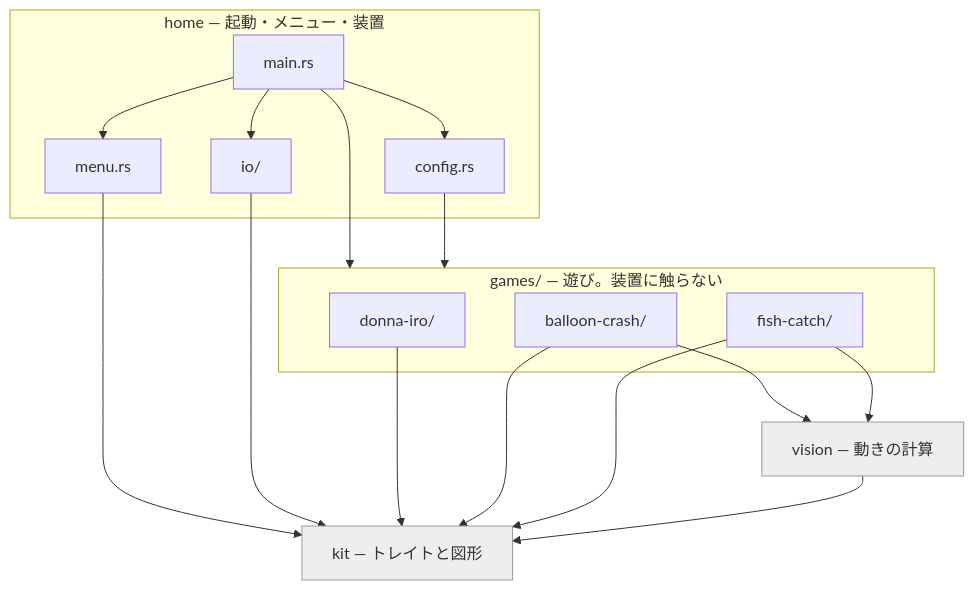
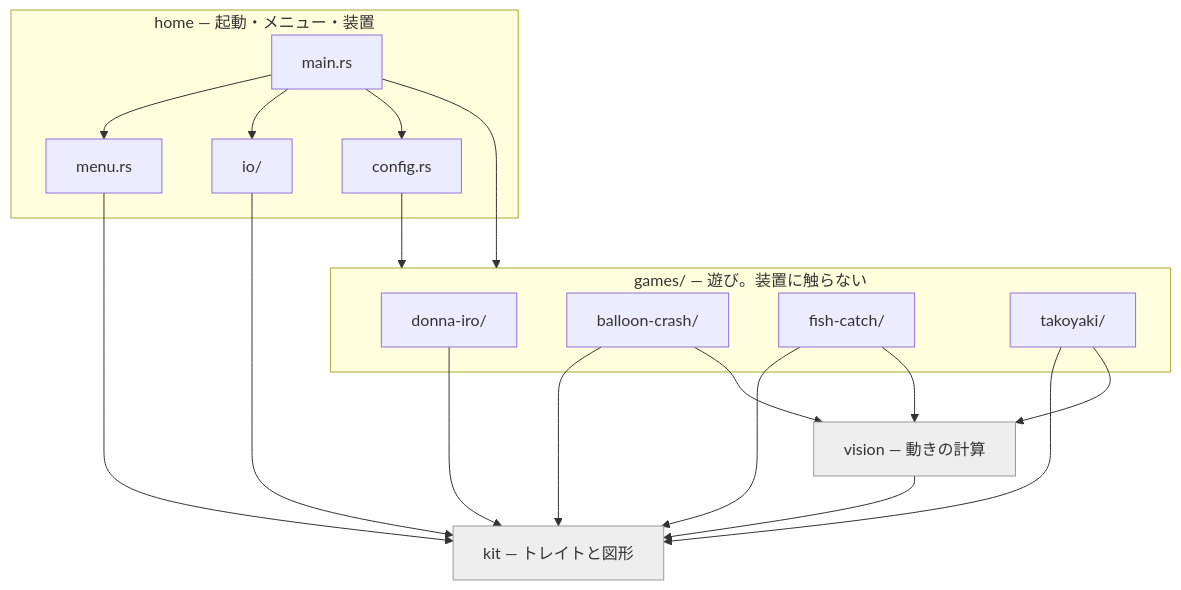
The diagram in README.md (mpyw/child-games), drawn with Mermaid before and after one commit. The commit also changed other lines of this file and 36 other files, not shown here.

````diff
--- a/README.md
+++ b/README.md
@@ -190,35 +192,38 @@
 ```mermaid
 flowchart TD
     subgraph home["home — 起動・メニュー・装置"]
         main["main.rs"]
         menu["menu.rs"]
         io["io/"]
         config["config.rs"]
     end
 
     subgraph games["games/ — 遊び。装置に触らない"]
         donna["donna-iro/"]
         balloon["balloon-crash/"]
         fish["fish-catch/"]
+        tako["takoyaki/"]
     end
 
     kit["kit — トレイトと図形"]
     vision["vision — 動きの計算"]
 
     main --> menu
     main --> io
     main --> config
     main --> games
     config --> games
     menu --> kit
     io --> kit
     donna --> kit
     balloon --> kit
     fish --> kit
+    tako --> kit
     balloon --> vision
     fish --> vision
+    tako --> vision
     vision --> kit
 
     classDef base fill:#eee,stroke:#999,color:#333;
     class kit,vision base;
 ```
````
